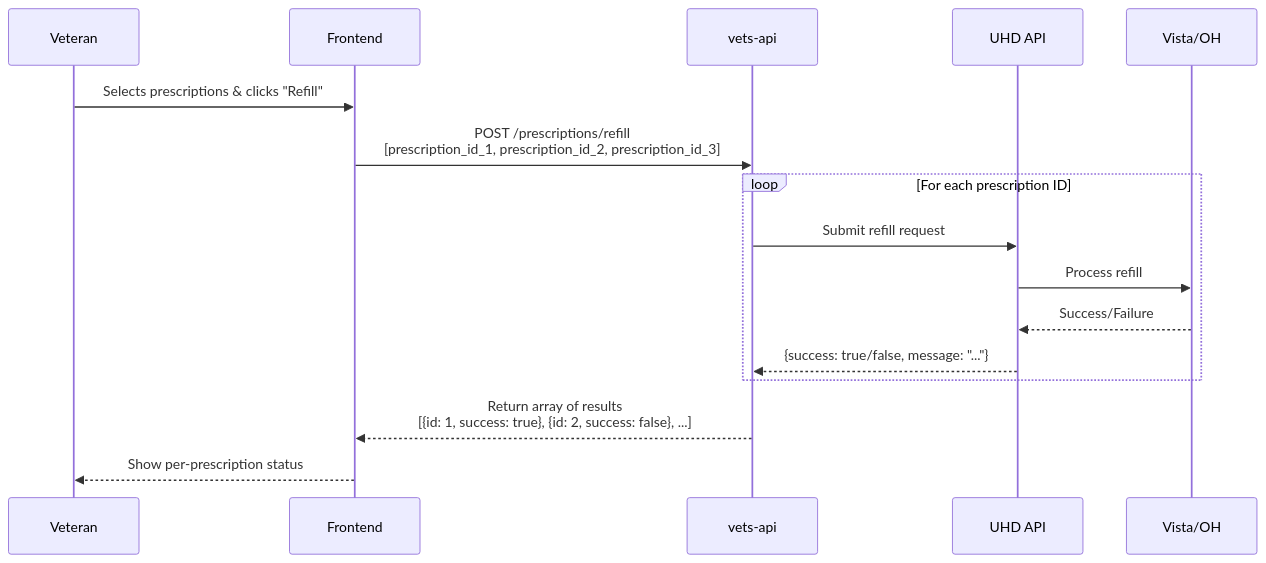
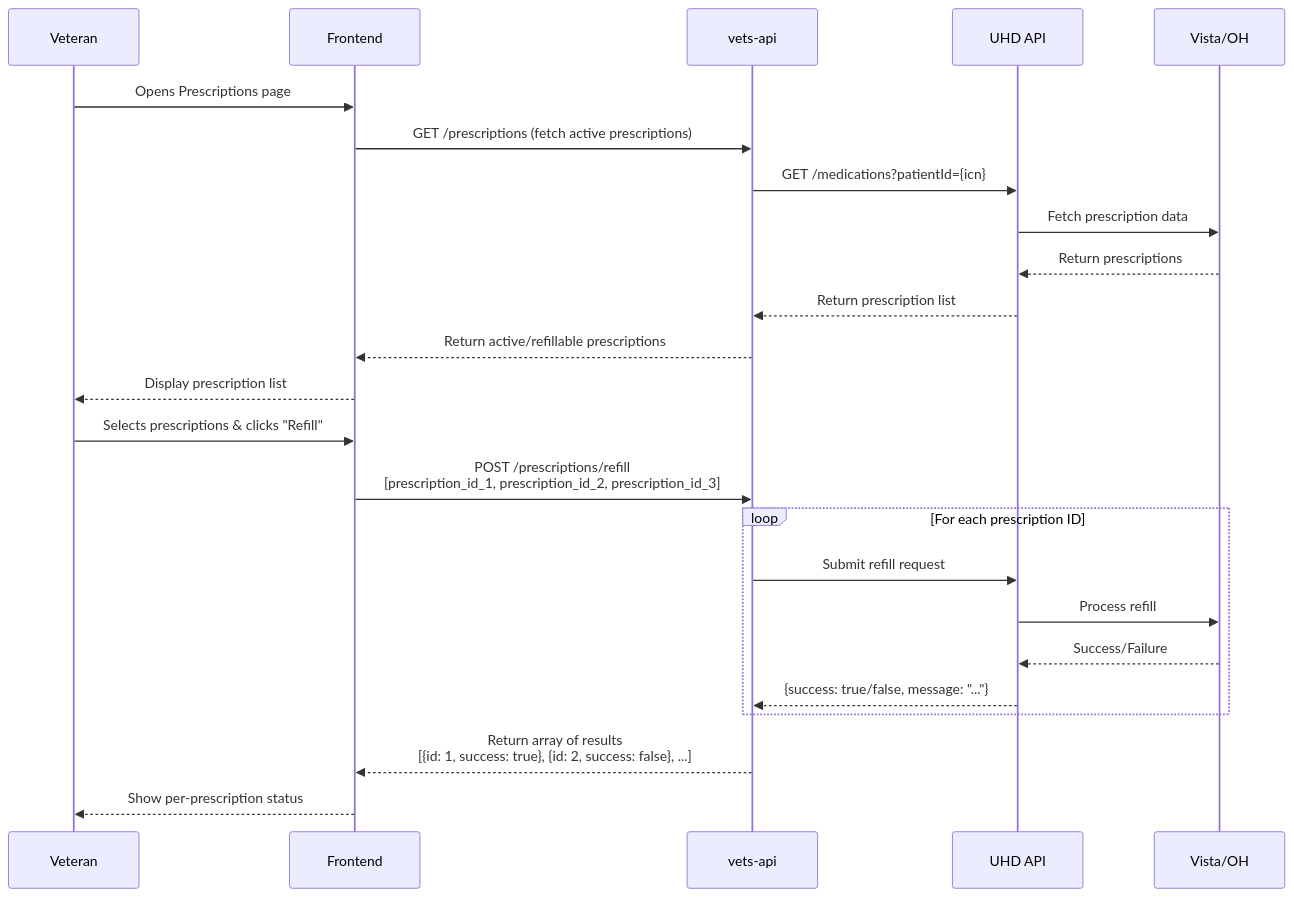
The first of 4 diagrams in products/health-care/prescription-refills/mhv-prescription-refill/2025-12-prescription-refill-order-tracking.md (department-of-veterans-affairs/va.gov-team), drawn with Mermaid before and after one commit.

Commit message:
Document prescription fetching and display flow
Added sequence of API calls for fetching and displaying active prescriptions.

````diff
--- a/products/health-care/prescription-refills/mhv-prescription-refill/2025-12-prescription-refill-order-tracking.md
+++ b/products/health-care/prescription-refills/mhv-prescription-refill/2025-12-prescription-refill-order-tracking.md
@@ -61,21 +61,30 @@
 ```mermaid
 sequenceDiagram
     participant Veteran
     participant Frontend
     participant vets-api
     participant UHD API
     participant Vista/OH
 
+    Veteran->>Frontend: Opens Prescriptions page
+    Frontend->>vets-api: GET /prescriptions (fetch active prescriptions)
+    vets-api->>UHD API: GET /medications?patientId={icn}
+    UHD API->>Vista/OH: Fetch prescription data
+    Vista/OH-->>UHD API: Return prescriptions
+    UHD API-->>vets-api: Return prescription list
+    vets-api-->>Frontend: Return active/refillable prescriptions
+    Frontend-->>Veteran: Display prescription list
+    
     Veteran->>Frontend: Selects prescriptions & clicks "Refill"
     Frontend->>vets-api: POST /prescriptions/refill<br/>[prescription_id_1, prescription_id_2, prescription_id_3]
     
     loop For each prescription ID
         vets-api->>UHD API: Submit refill request
         UHD API->>Vista/OH: Process refill
         Vista/OH-->>UHD API: Success/Failure
         UHD API-->>vets-api: {success: true/false, message: "..."}
     end
     
     vets-api-->>Frontend: Return array of results<br/>[{id: 1, success: true}, {id: 2, success: false}, ...]
     Frontend-->>Veteran: Show per-prescription status
 ```
````
